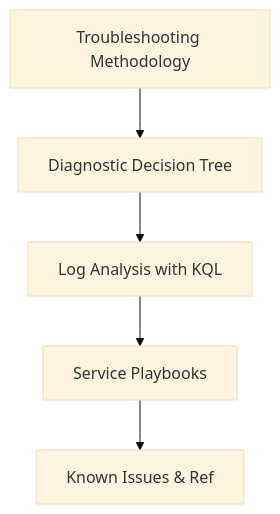
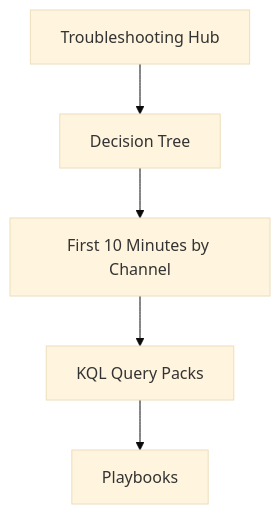
Before and after one commit to yeongseon/azure-communication-services-practical-guide: the fourth of 4 diagrams in docs/start-here/learning-paths.md, drawn with Mermaid (base theme). The commit also changed other lines of this file, not shown here.

````diff
--- a/docs/start-here/learning-paths.md
+++ b/docs/start-here/learning-paths.md
@@ -78,7 +161,7 @@
 ```mermaid
-graph TD
-    A[Troubleshooting Methodology] --> B[Diagnostic Decision Tree]
-    B --> C[Log Analysis with KQL]
-    C --> D[Service Playbooks]
-    D --> E[Known Issues & Ref]
+flowchart TD
+    A[Troubleshooting Hub] --> B[Decision Tree]
+    B --> C[First 10 Minutes by Channel]
+    C --> D[KQL Query Packs]
+    D --> E[Playbooks]
 ```
````
